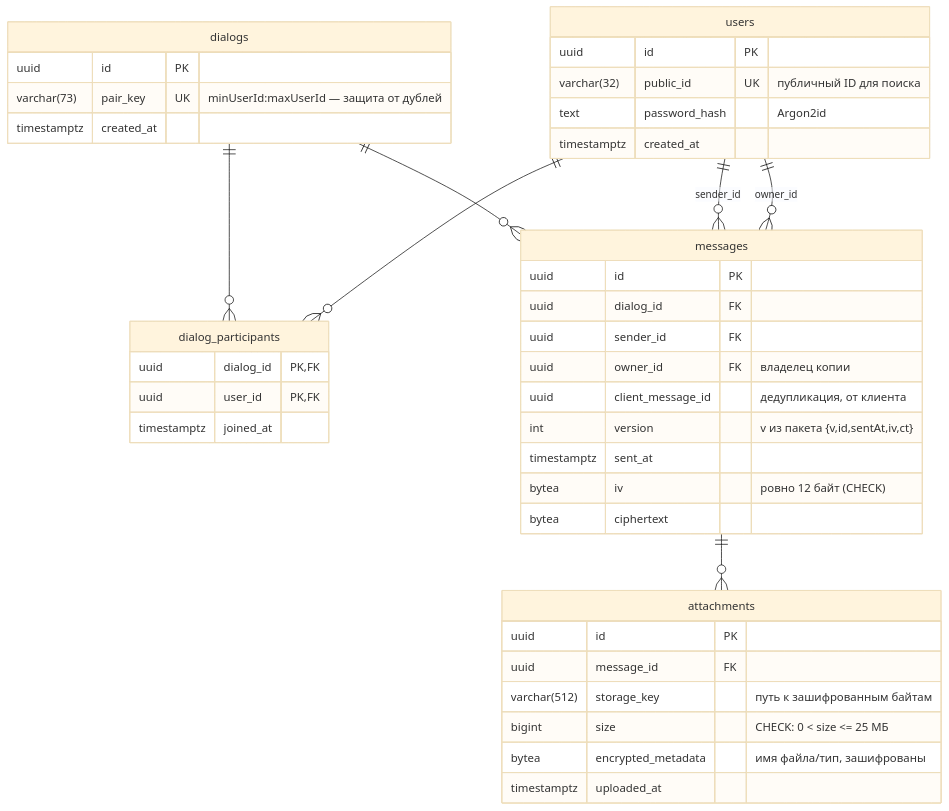
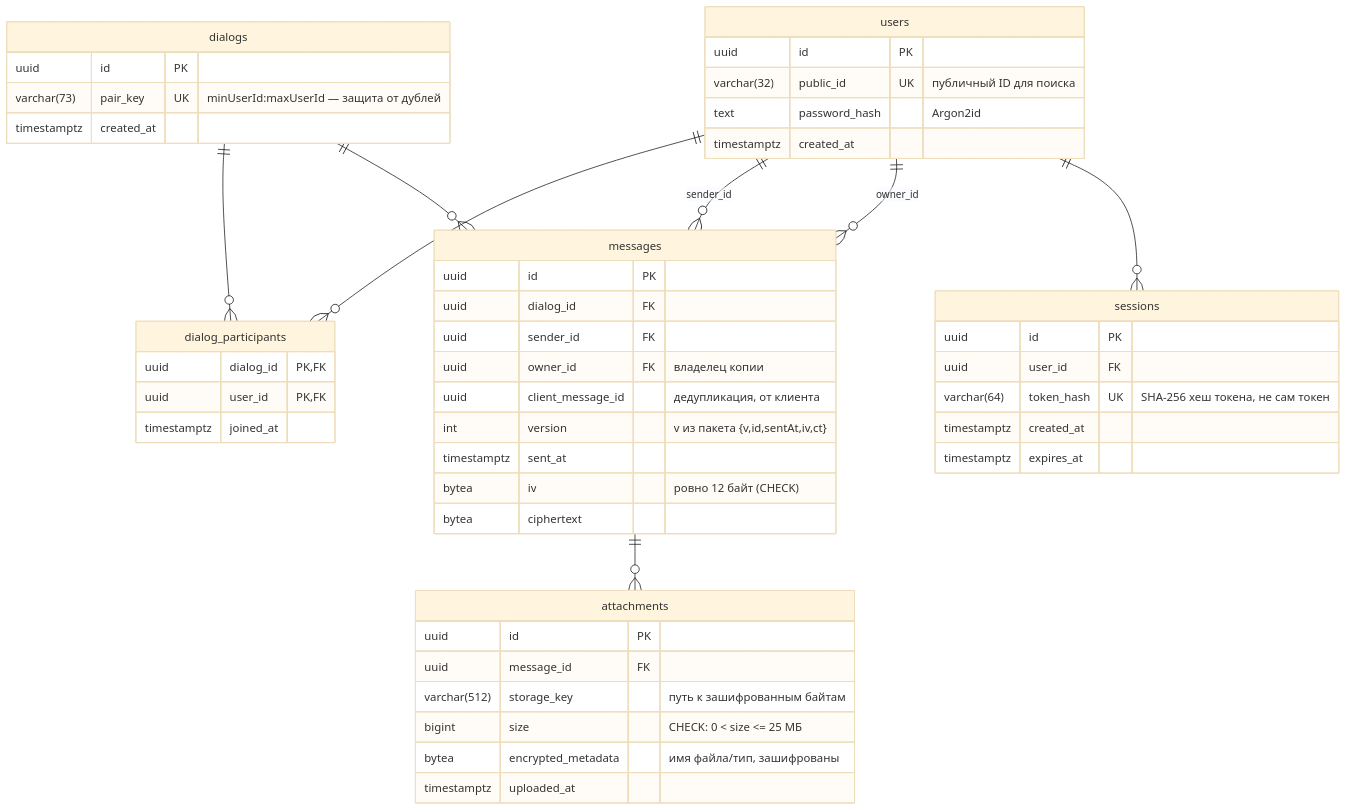
One commit to OutSiders-Techniki/messenger-backend changed the diagram in docs/database.md. Above: the diagram before and after it, drawn with Mermaid (base theme). The commit also changed other lines of this file and 35 other files, not shown here.

````diff
--- a/docs/database.md
+++ b/docs/database.md
@@ -8,49 +8,58 @@
 ```mermaid
 erDiagram
     users ||--o{ dialog_participants : ""
     dialogs ||--o{ dialog_participants : ""
     dialogs ||--o{ messages : ""
     users ||--o{ messages : "sender_id"
     users ||--o{ messages : "owner_id"
     messages ||--o{ attachments : ""
+    users ||--o{ sessions : ""
 
     users {
         uuid id PK
         varchar(32) public_id UK "публичный ID для поиска"
         text password_hash "Argon2id"
         timestamptz created_at
+    }
+
+    sessions {
+        uuid id PK
+        uuid user_id FK
+        varchar(64) token_hash UK "SHA-256 хеш токена, не сам токен"
+        timestamptz created_at
+        timestamptz expires_at
     }
 
     dialogs {
         uuid id PK
         varchar(73) pair_key UK "minUserId:maxUserId — защита от дублей"
         timestamptz created_at
     }
 
     dialog_participants {
         uuid dialog_id PK,FK
         uuid user_id PK,FK
         timestamptz joined_at
     }
 
     messages {
         uuid id PK
         uuid dialog_id FK
         uuid sender_id FK
         uuid owner_id FK "владелец копии"
         uuid client_message_id "дедупликация, от клиента"
         int version "v из пакета {v,id,sentAt,iv,ct}"
         timestamptz sent_at
         bytea iv "ровно 12 байт (CHECK)"
         bytea ciphertext
     }
 
     attachments {
         uuid id PK
         uuid message_id FK
         varchar(512) storage_key "путь к зашифрованным байтам"
         bigint size "CHECK: 0 < size <= 25 МБ"
         bytea encrypted_metadata "имя файла/тип, зашифрованы"
         timestamptz uploaded_at
     }
 ```
````
